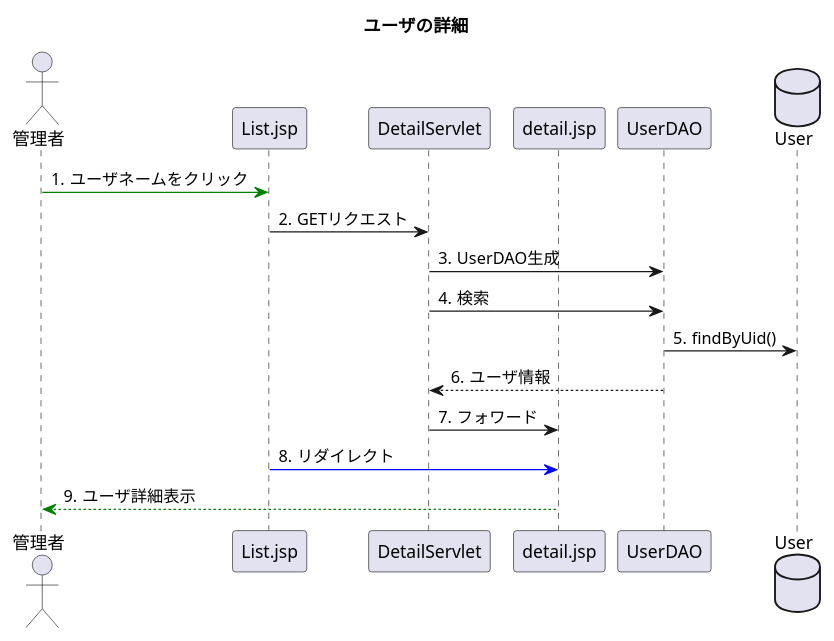
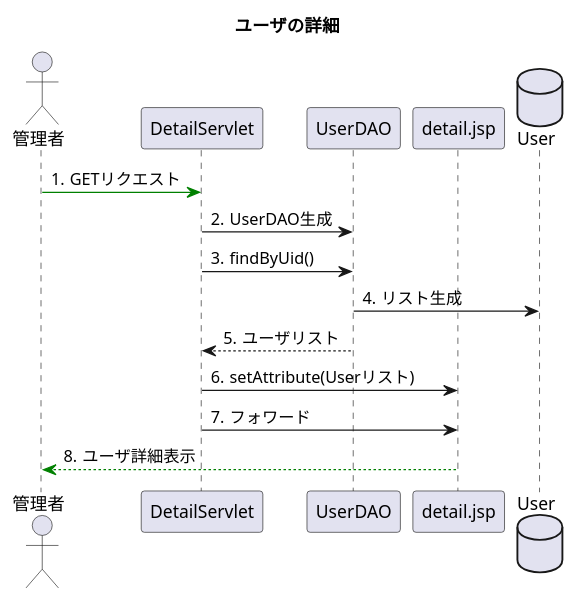
The diagram in uml_detail/seq_detail.pu (toufu66/ProjectC), drawn with PlantUML before and after one commit.

Commit message:
シーケンスユーザ詳細追記

```diff
--- a/uml_detail/seq_detail.pu
+++ b/uml_detail/seq_detail.pu
@@ -1,26 +1,23 @@
 @startuml
 title ユーザの詳細
 
 autonumber "#."
 
 actor 管理者
-participant List.jsp
 participant DetailServlet
+participant UserDAO
 participant detail.jsp
-participant UserDAO
 database User
 
-管理者 -[#green]> List.jsp:ユーザネームをクリック
-List.jsp -> DetailServlet:GETリクエスト
+
+管理者 -[#green]> DetailServlet:GETリクエスト
 DetailServlet -> UserDAO :UserDAO生成
-DetailServlet -> UserDAO :検索
-UserDAO -> User:findByUid()
-UserDAO --> DetailServlet:ユーザ情報
+DetailServlet -> UserDAO :findByUid()
+UserDAO -> User:リスト生成
+UserDAO --> DetailServlet:ユーザリスト
+DetailServlet -> detail.jsp:setAttribute(Userリスト)
 DetailServlet -> detail.jsp:フォワード
-List.jsp -[#blue]> detail.jsp:リダイレクト
-
-
 detail.jsp --[#green]> 管理者:ユーザ詳細表示
 
 
 @enduml
```
